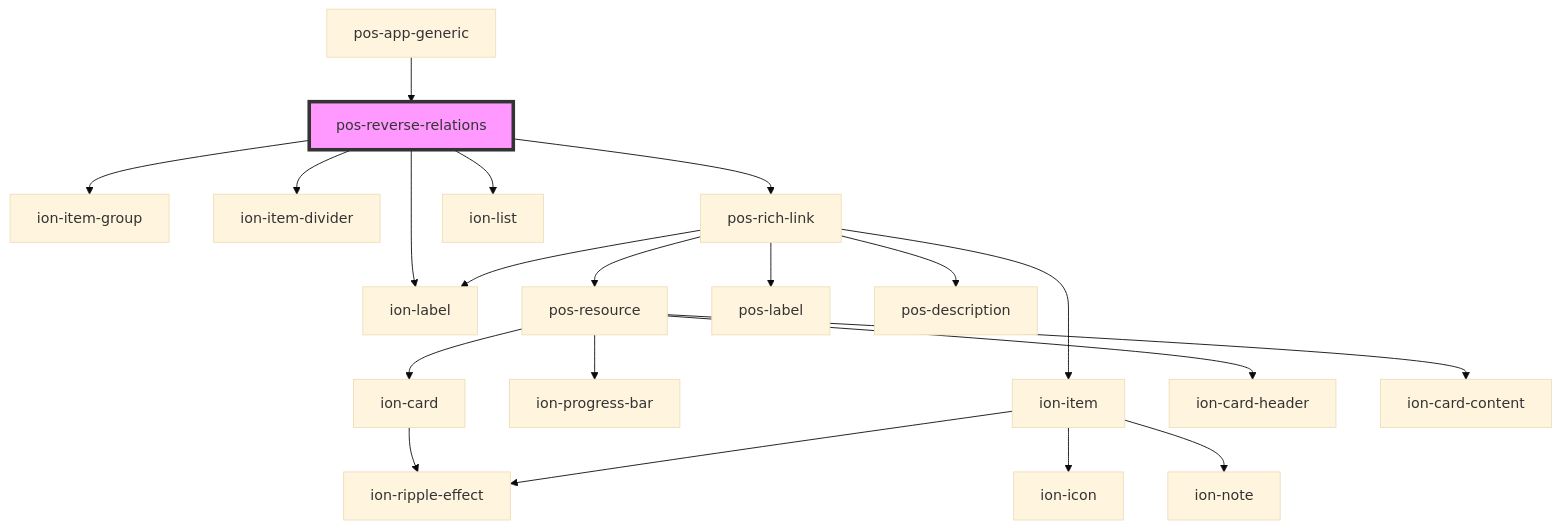
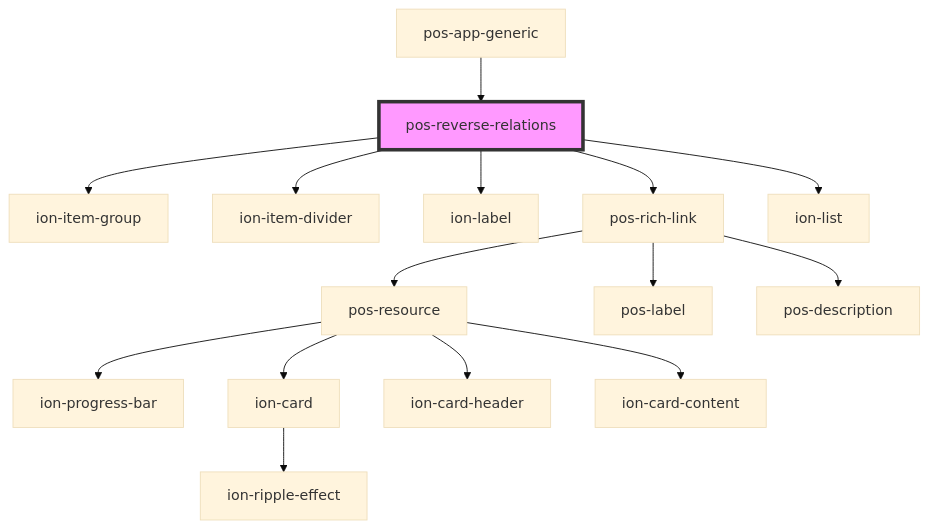
The diagram in docs/elements/components/pos-reverse-relations/readme.md (pod-os/PodOS), drawn with Mermaid (base theme) before and after one commit. The commit also changed 12 other files, not shown here.

Commit message:
feat: remove ion from pos-rich-link; use pollen

````diff
--- a/docs/elements/components/pos-reverse-relations/readme.md
+++ b/docs/elements/components/pos-reverse-relations/readme.md
@@ -30,23 +30,18 @@
 ```mermaid
 graph TD;
   pos-reverse-relations --> ion-item-group
   pos-reverse-relations --> ion-item-divider
   pos-reverse-relations --> ion-label
   pos-reverse-relations --> pos-rich-link
   pos-reverse-relations --> ion-list
   pos-rich-link --> pos-resource
-  pos-rich-link --> ion-item
-  pos-rich-link --> ion-label
   pos-rich-link --> pos-label
   pos-rich-link --> pos-description
   pos-resource --> ion-progress-bar
   pos-resource --> ion-card
   pos-resource --> ion-card-header
   pos-resource --> ion-card-content
   ion-card --> ion-ripple-effect
-  ion-item --> ion-icon
-  ion-item --> ion-ripple-effect
-  ion-item --> ion-note
   pos-app-generic --> pos-reverse-relations
   style pos-reverse-relations fill:#f9f,stroke:#333,stroke-width:4px
 ```
````
